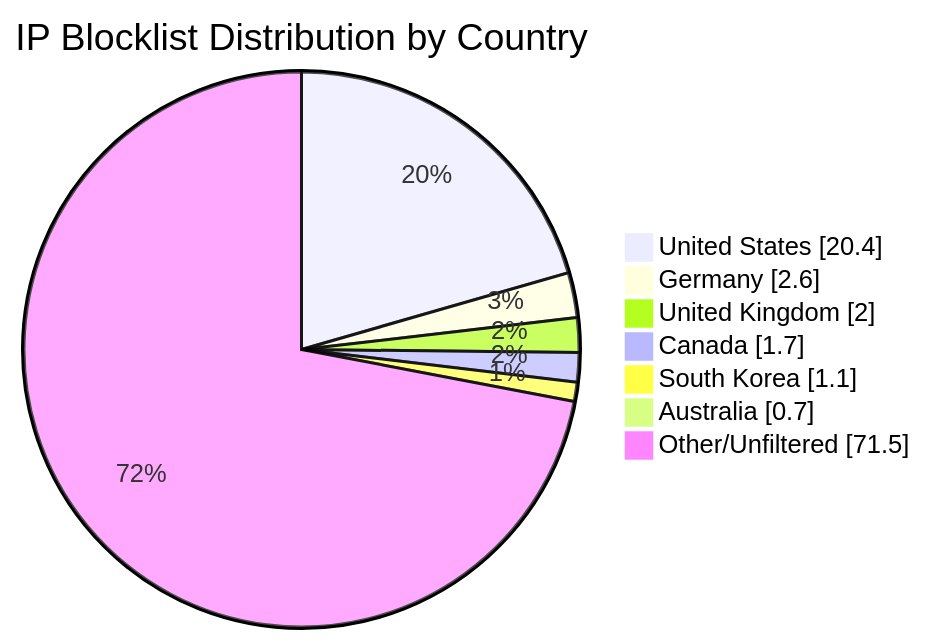
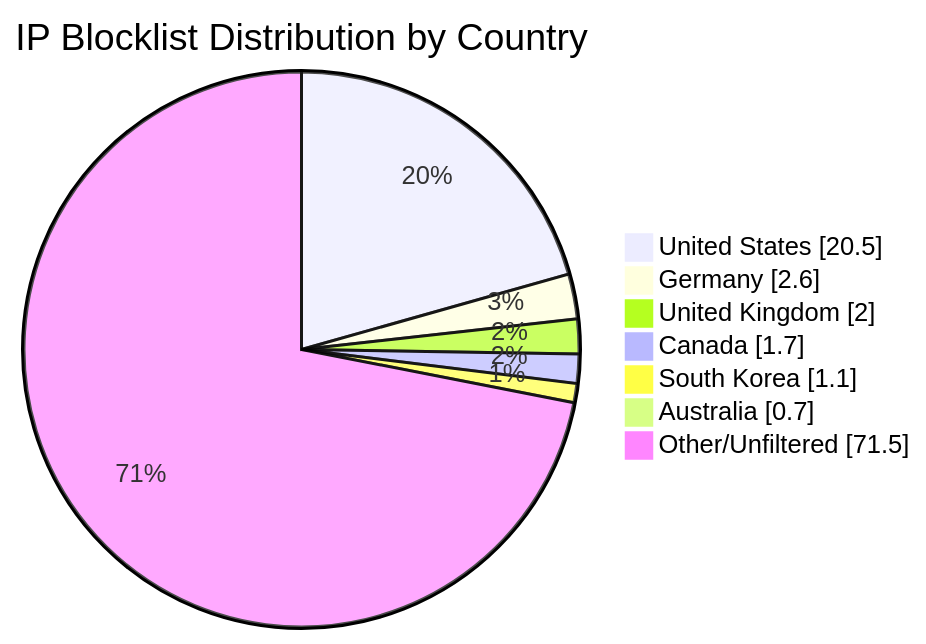
Before and after one commit to MarcusHoltz/ipblocklist-geofiltered-aggregator: the diagram in README.md, drawn with Mermaid. The commit also changed other lines of this file and 9 other files, not shown here.

````diff
--- a/README.md
+++ b/README.md
@@ -34,10 +34,10 @@
 ```mermaid
 pie showData title IP Blocklist Distribution by Country
-"United States" : 20.4
+"United States" : 20.5
 "Germany" : 2.6
 "United Kingdom" : 2.0
 "Canada" : 1.7
 "South Korea" : 1.1
 "Australia" : 0.7
 "Other/Unfiltered" : 71.5
 ```
````
